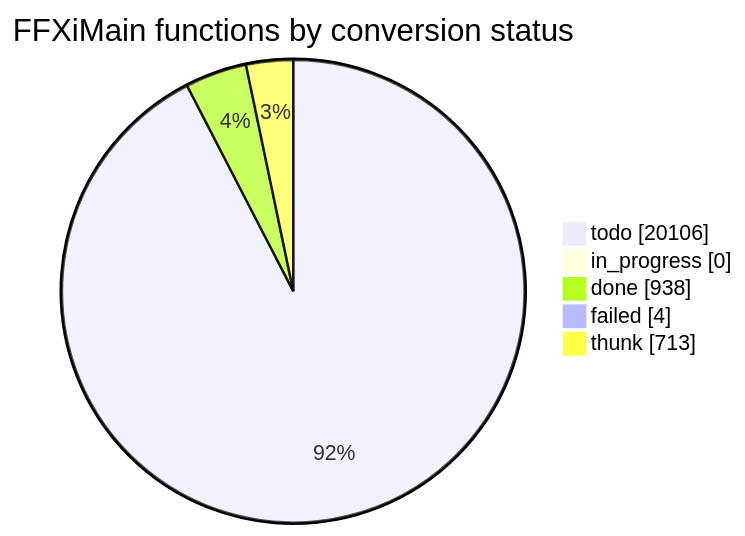
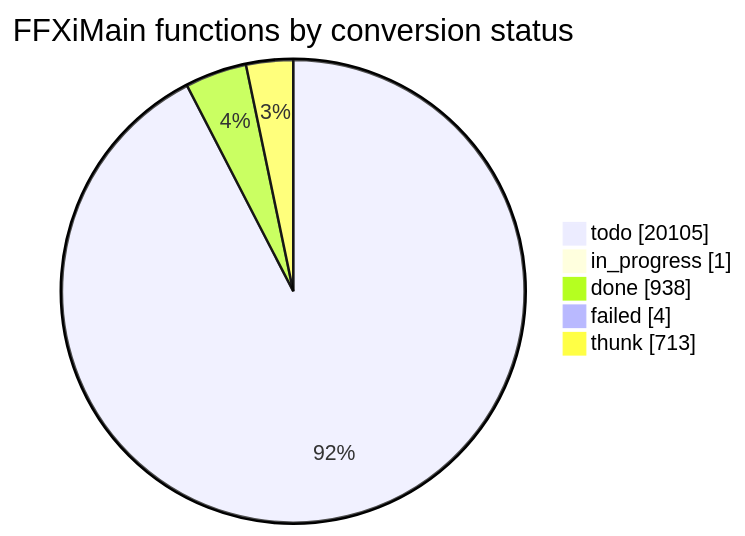
Before and after one commit to cowrevenge/cow_kuluu_xi_anything: the diagram in docs/cow/STATUS.md, drawn with Mermaid. The commit also changed other lines of this file and 7 other files, not shown here.

````diff
--- a/docs/cow/STATUS.md
+++ b/docs/cow/STATUS.md
@@ -18,9 +18,9 @@
 ```mermaid
 pie showData
     title FFXiMain functions by conversion status
-    "todo" : 20106
-    "in_progress" : 0
+    "todo" : 20105
+    "in_progress" : 1
     "done" : 938
     "failed" : 4
     "thunk" : 713
 ```
````
